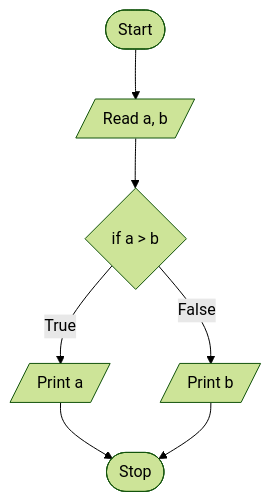
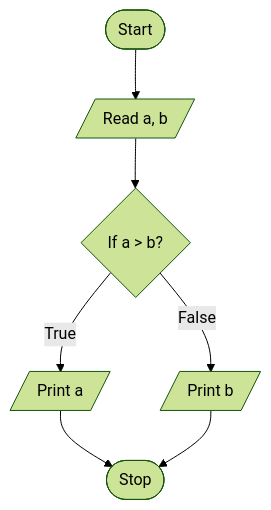
The second of 4 diagrams in Deep-Dive-in-C++/03-Program-Development/README.md (im-Rajat/CPP), drawn with Mermaid (forest theme) before and after one commit. The commit also changed other lines of this file and 1 other file, not shown here.

````diff
--- a/Deep-Dive-in-C++/03-Program-Development/README.md
+++ b/Deep-Dive-in-C++/03-Program-Development/README.md
@@ -48,9 +34,9 @@
 ```mermaid
 flowchart TD
-    Start([Start]) --> Read[/"Read a, b"/]
-    Read --> Condition{"if a > b"}
+    Start([Start]) --> Input[/"Read a, b"/]
+    Input --> Condition{"If a > b?"}
     Condition -- True --> PrintA[/"Print a"/]
     Condition -- False --> PrintB[/"Print b"/]
     PrintA --> Stop([Stop])
     PrintB --> Stop
 ```
````
